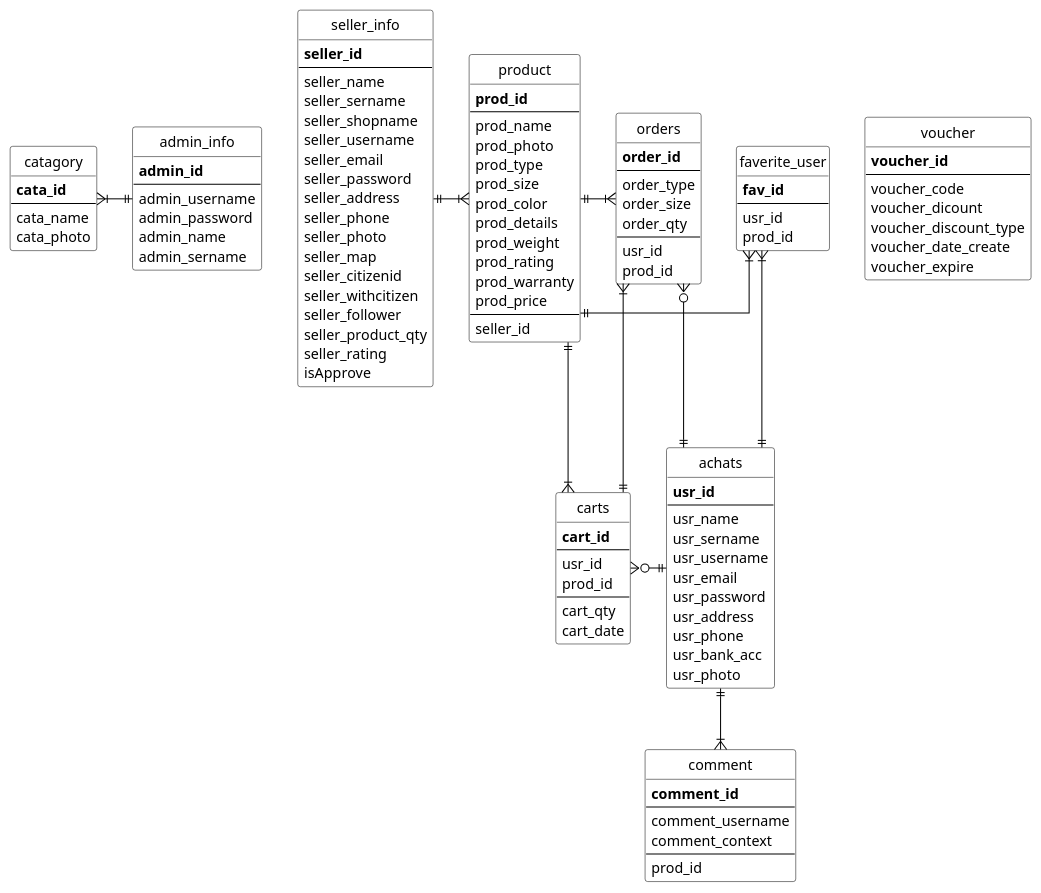
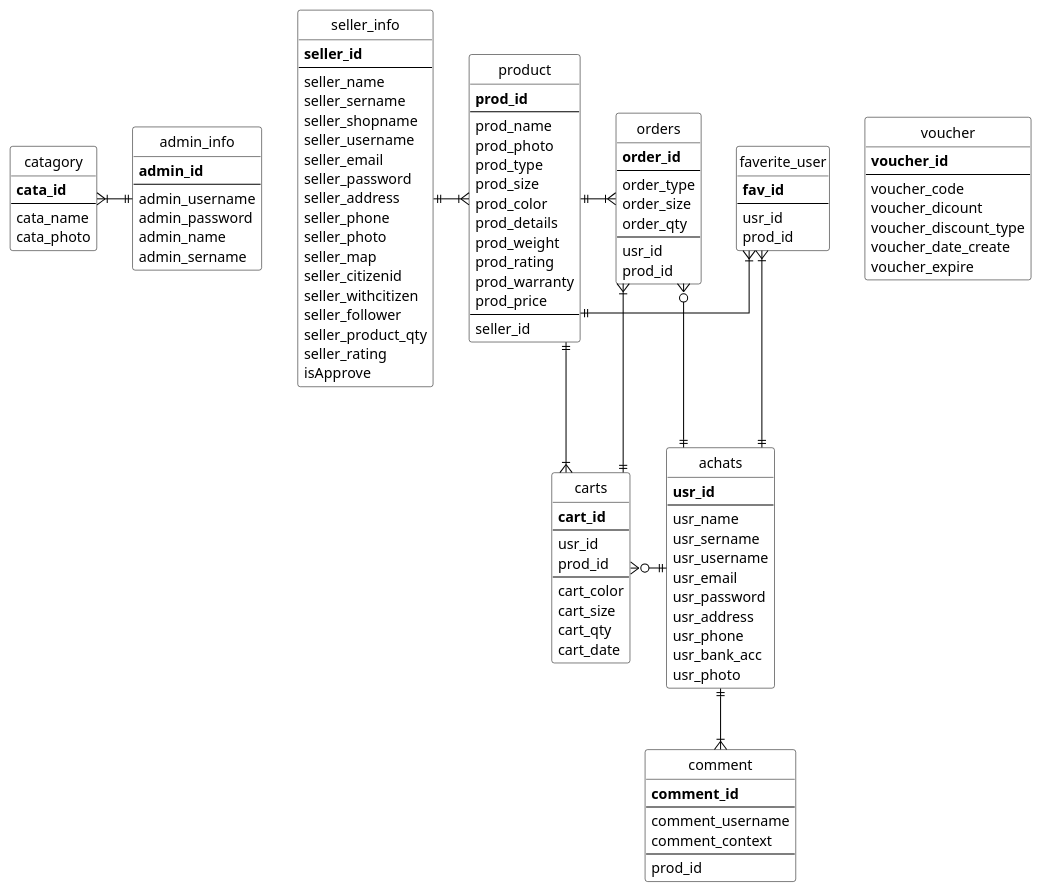
The diagram in sql/database_structure.pu (Ryoneme2/achatsProject), drawn with PlantUML before and after one commit. The commit also changed 11 other files, not shown here.

```diff
--- a/sql/database_structure.pu
+++ b/sql/database_structure.pu
@@ -1,139 +1,141 @@
 @startuml name
   skinparam linetype ortho
   skinparam packageStyle rectangle
   skinparam shadowing false
   skinparam class {
     BackgroundColor White
     BorderColor Black
     ArrowColor Black
   }
   ' hide members
   hide circle
 
   entity achats {
     **usr_id**
     --
     usr_name
     usr_sername
     usr_username
     usr_email
     usr_password
     usr_address
     usr_phone
     usr_bank_acc
     usr_photo
   }
 
   entity admin_info {
     **admin_id**
     --
     admin_username
     admin_password
     admin_name
     admin_sername
   }
 
   entity seller_info {
     **seller_id**
     --
     seller_name
     seller_sername
     seller_shopname
     seller_username
     seller_email
     seller_password
     seller_address
     seller_phone
     seller_photo
     seller_map
     seller_citizenid
     seller_withcitizen
     seller_follower
     seller_product_qty
     seller_rating
     isApprove
   }
 
   entity carts {
     **cart_id**
     --
     usr_id
     prod_id
     --
+    cart_color
+    cart_size
     cart_qty
     cart_date
   }
 
   entity product {
     **prod_id**
     --
     prod_name
     prod_photo
     prod_type
     prod_size
     prod_color
     prod_details
     prod_weight
     prod_rating
     prod_warranty
     prod_price
     --
     seller_id
   }
 
   entity orders {
     **order_id**
     --
     order_type
     order_size
     order_qty
     --
     usr_id
     prod_id
   }
 
   entity catagory {
     **cata_id**
     --
     cata_name
     cata_photo
   }
 
   entity faverite_user {
     **fav_id**
     --
     usr_id
     prod_id
   }
 
   entity comment {
     **comment_id**
     --
     comment_username
     comment_context
     --
     prod_id
   }
 
   entity voucher {
     **voucher_id**
     --
     voucher_code
     voucher_dicount
     voucher_discount_type
     voucher_date_create
     voucher_expire
   }
 
   achats ||-up-|{ faverite_user
   achats ||-down-|{ comment
   achats ||-left-o{ carts
   achats ||-left-o{ orders
   product ||-right-|{ faverite_user
   carts ||-up-|{ orders
   seller_info ||-right-|{ product
   product ||-right-|{ carts
   product ||-right-|{ orders
   admin_info ||-left-|{ catagory
 
 @enduml
```
